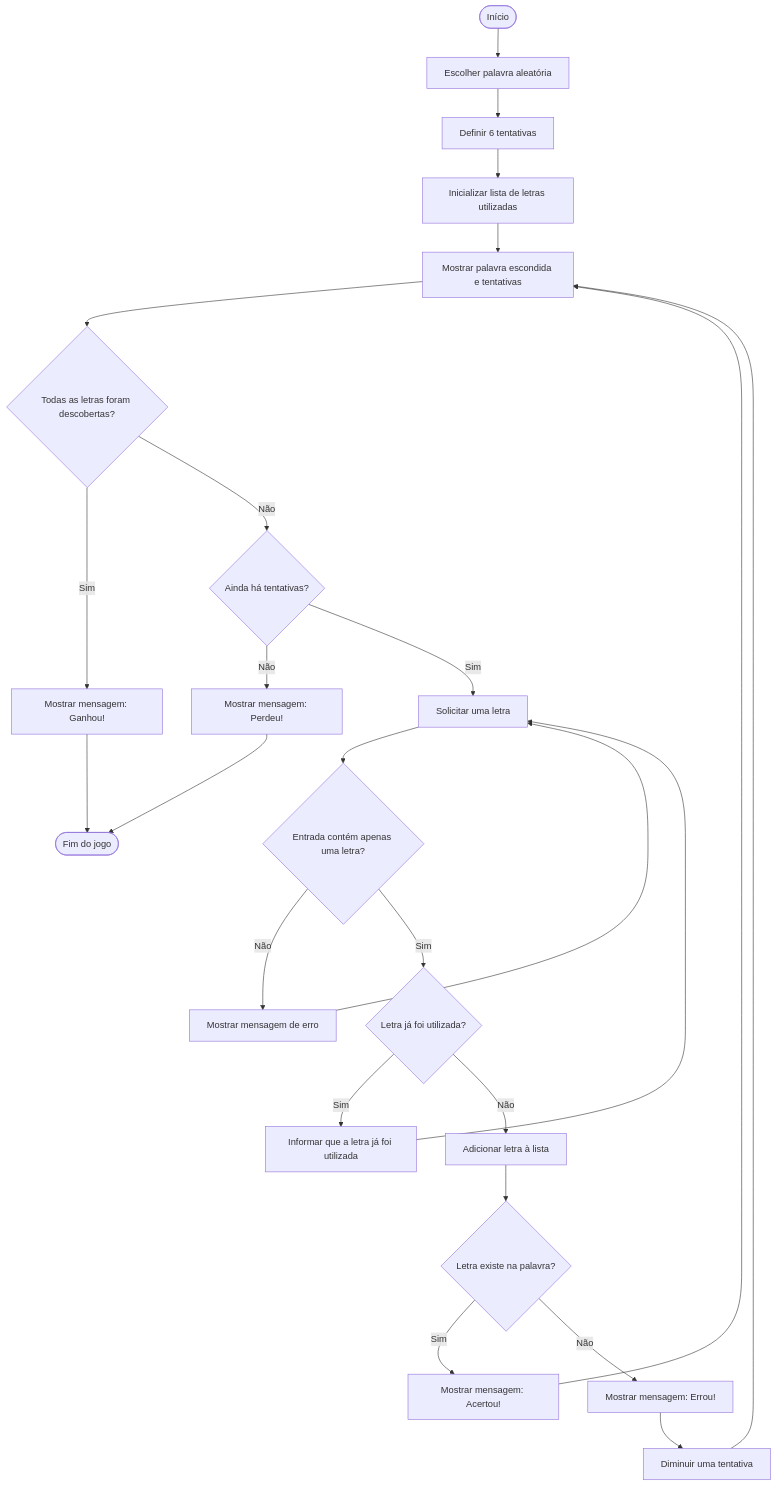
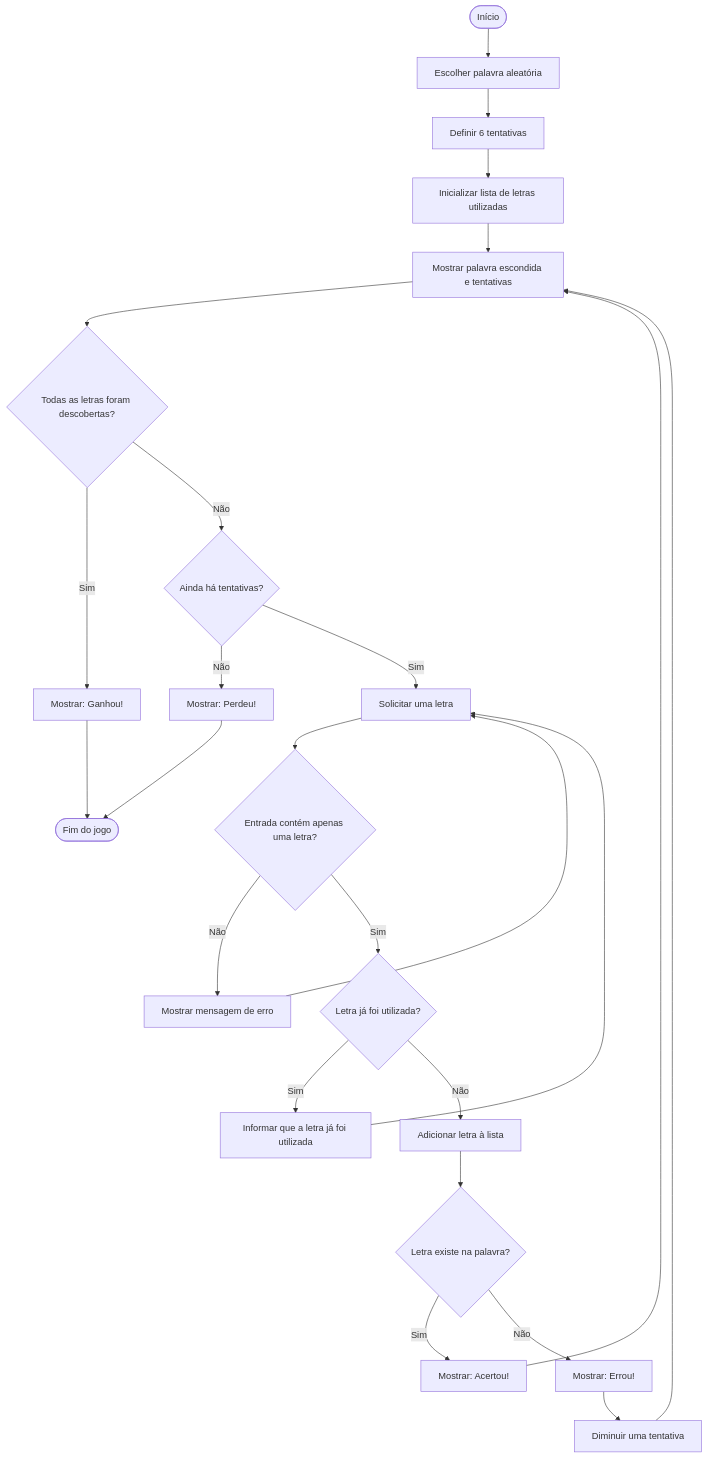
One commit to Lariaraujo372/Atividade4.3 changed the diagram in Jogo-da-forca/Fluxogramaa.md. Above: the diagram before and after it, drawn with Mermaid. The commit also changed other lines of this file, not shown here.

Commit message:
Fluxograma

````diff
--- a/Jogo-da-forca/Fluxogramaa.md
+++ b/Jogo-da-forca/Fluxogramaa.md
@@ -2,30 +3,27 @@
 ```mermaid
-
 flowchart TD
     A([Início]) --> B[Escolher palavra aleatória]
     B --> C[Definir 6 tentativas]
     C --> D[Inicializar lista de letras utilizadas]
     D --> E[Mostrar palavra escondida e tentativas]
     E --> F{Todas as letras foram descobertas?}
-    F -->|Sim| G[Mostrar mensagem: Ganhou!]
+    F -->|Sim| G[Mostrar: Ganhou!]
     F -->|Não| H{Ainda há tentativas?}
-    H -->|Não| I[Mostrar mensagem: Perdeu!]
+    H -->|Não| I[Mostrar: Perdeu!]
     H -->|Sim| J[Solicitar uma letra]
     J --> K{Entrada contém apenas uma letra?}
     K -->|Não| L[Mostrar mensagem de erro]
     L --> J
     K -->|Sim| M{Letra já foi utilizada?}
     M -->|Sim| N[Informar que a letra já foi utilizada]
     N --> J
     M -->|Não| O[Adicionar letra à lista]
     O --> P{Letra existe na palavra?}
-    P -->|Sim| Q[Mostrar mensagem: Acertou!]
-    P -->|Não| R[Mostrar mensagem: Errou!]
+    P -->|Sim| Q[Mostrar: Acertou!]
+    P -->|Não| R[Mostrar: Errou!]
     R --> S[Diminuir uma tentativa]
     Q --> E
     S --> E
     G --> T([Fim do jogo])
     I --> T
-
-
 ```
````
